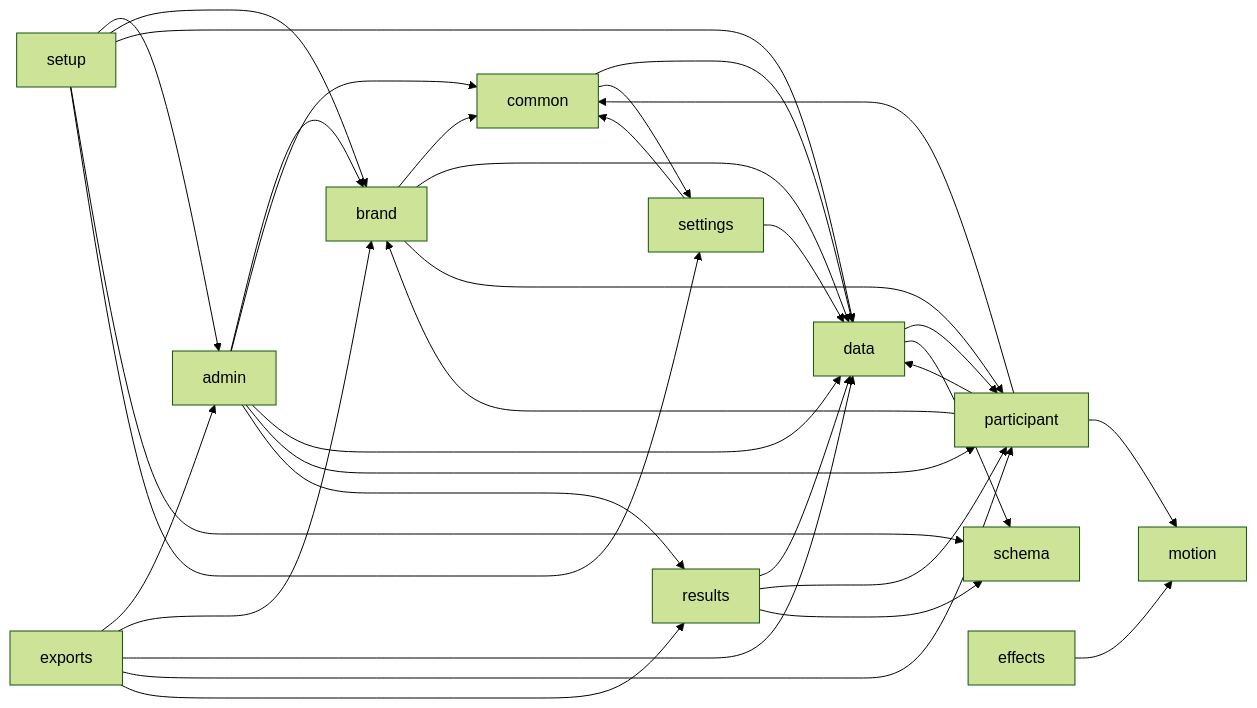
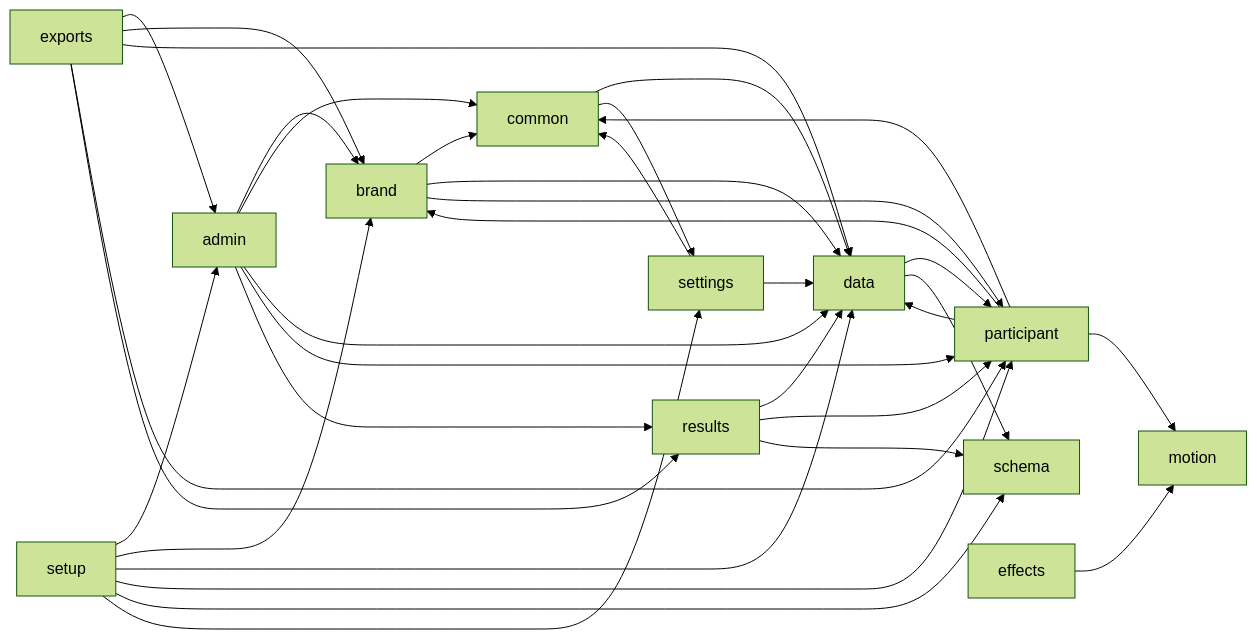
Before and after one commit to satyagames/pursuit-managed-services: the diagram in docs/MODULES.md, drawn with Mermaid (forest theme). The commit also changed other lines of this file and 15 other files, not shown here.

````diff
--- a/docs/MODULES.md
+++ b/docs/MODULES.md
@@ -14,35 +14,36 @@
 ```mermaid
 flowchart LR
   admin --> brand
   admin --> common
   admin --> data
   admin --> participant
   admin --> results
   brand --> common
   brand --> data
   brand --> participant
   common --> data
   common --> settings
   data --> participant
   data --> schema
   effects --> motion
   exports --> admin
   exports --> brand
   exports --> data
   exports --> participant
   exports --> results
   participant --> brand
   participant --> common
   participant --> data
   participant --> motion
   results --> data
   results --> participant
   results --> schema
   settings --> common
   settings --> data
   setup --> admin
   setup --> brand
   setup --> data
+  setup --> participant
   setup --> schema
   setup --> settings
 ```
````
